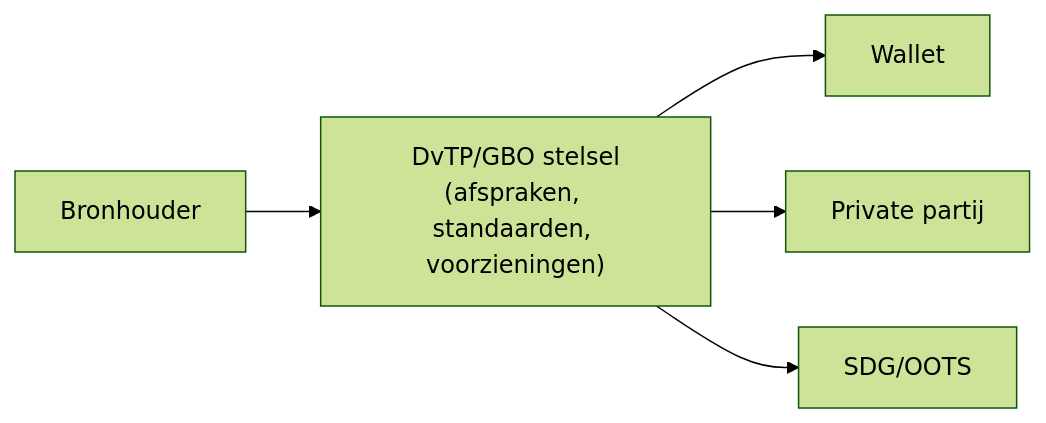
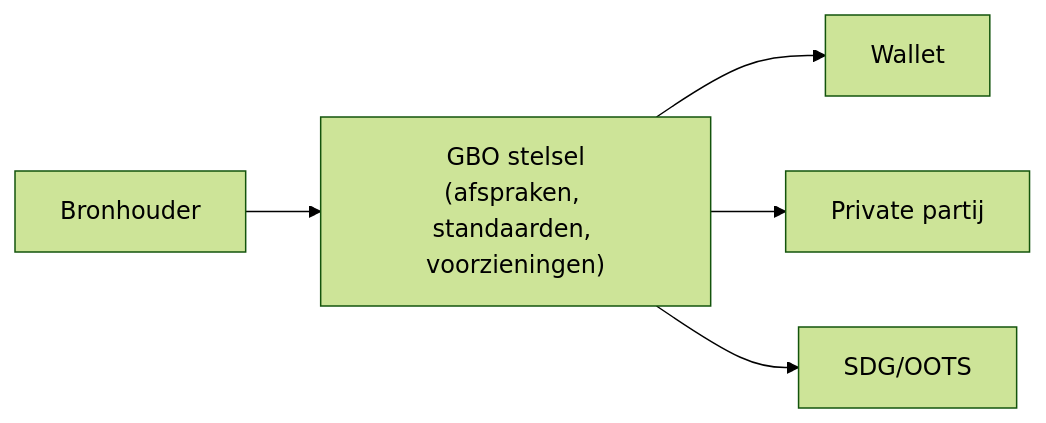
The diagram in docs/diagrammen/context-diagram.mmd (Govert-Claus/GBO-DvTP), drawn with Mermaid (forest theme) before and after one commit. The commit also changed 4 other files, not shown here.

````diff
--- a/docs/diagrammen/context-diagram.mmd
+++ b/docs/diagrammen/context-diagram.mmd
@@ -3,17 +3,17 @@
 ```mermaid
 
 flowchart LR
 
 Bronhouder
-DvTP["DvTP/GBO stelsel
+DvTP["GBO stelsel
 (afspraken, standaarden, voorzieningen)"]
 Wallet
 Privaat["Private partij"]
 SDG["SDG/OOTS"]
 
 Bronhouder --> DvTP
 DvTP --> Wallet
 DvTP --> Privaat
 DvTP --> SDG
 
 ```
````
